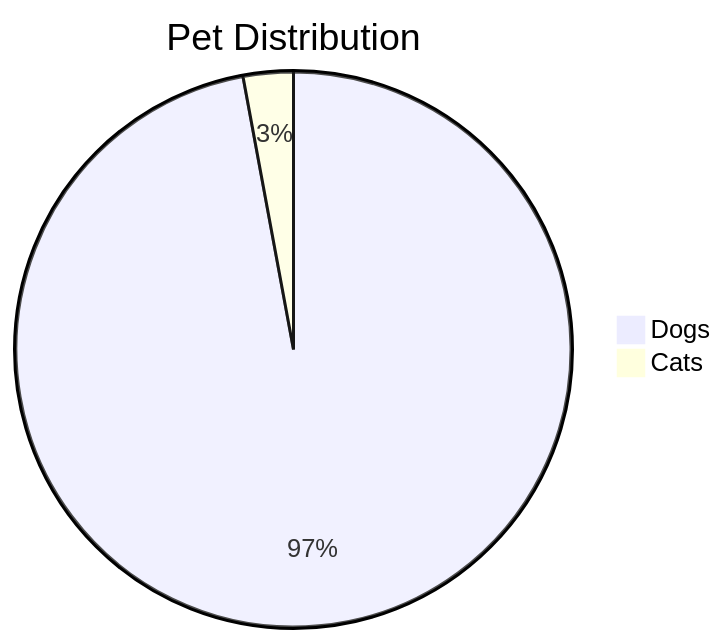
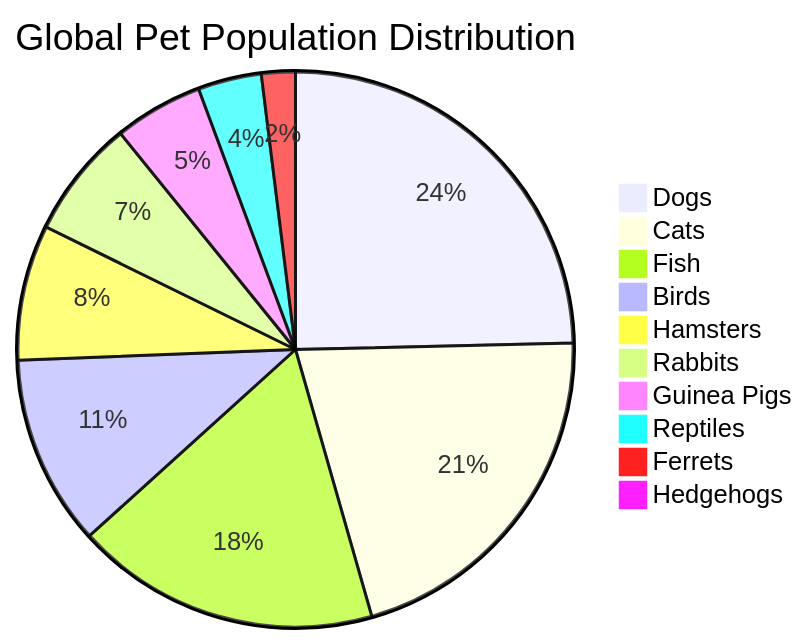
The diagram in output/diagram_0.mmd (coatsnmore/reports), drawn with Mermaid before and after one commit. The commit also changed 17 other files, not shown here.

```diff
--- a/output/diagram_0.mmd
+++ b/output/diagram_0.mmd
@@ -1,3 +1,11 @@
-pie title Pet Distribution
+pie title Global Pet Population Distribution
     "Dogs" : 10000
-    "Cats" : 300
+    "Cats" : 8500
+    "Fish" : 7200
+    "Birds" : 4500
+    "Hamsters" : 3200
+    "Rabbits" : 2800
+    "Guinea Pigs" : 2100
+    "Reptiles" : 1500
+    "Ferrets" : 800
+    "Hedgehogs" : 400
```
